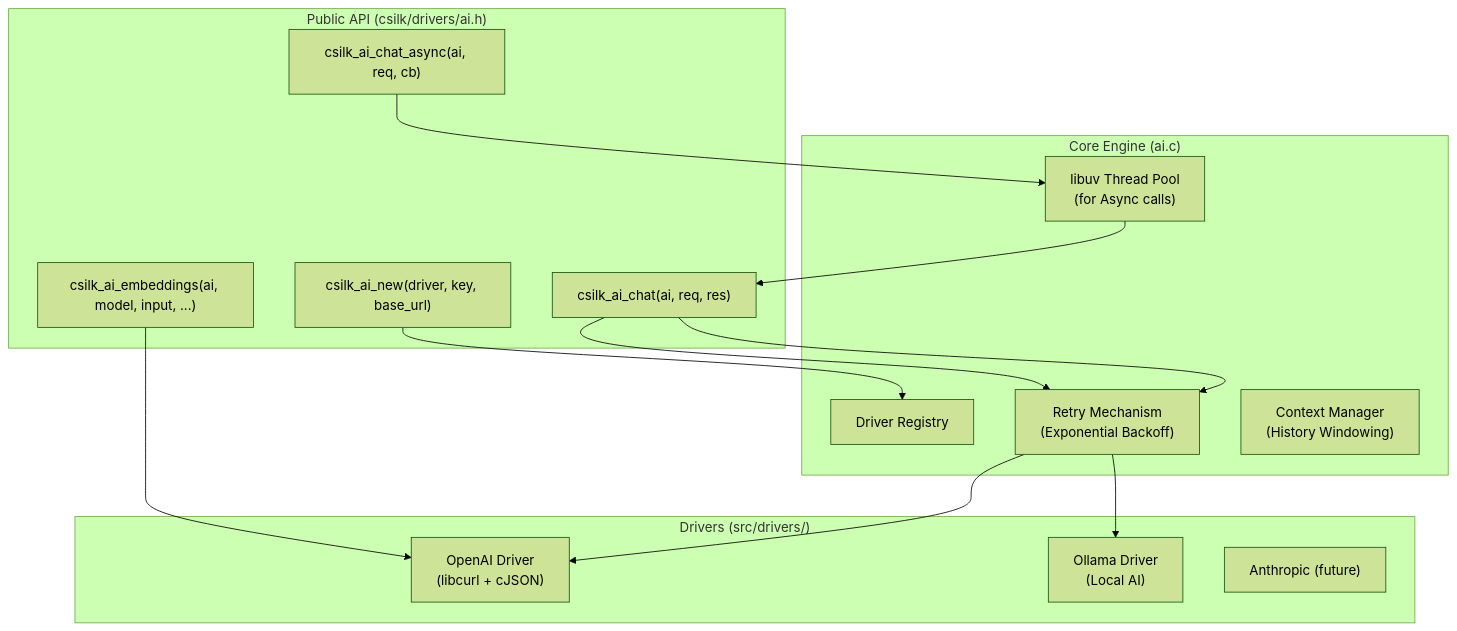
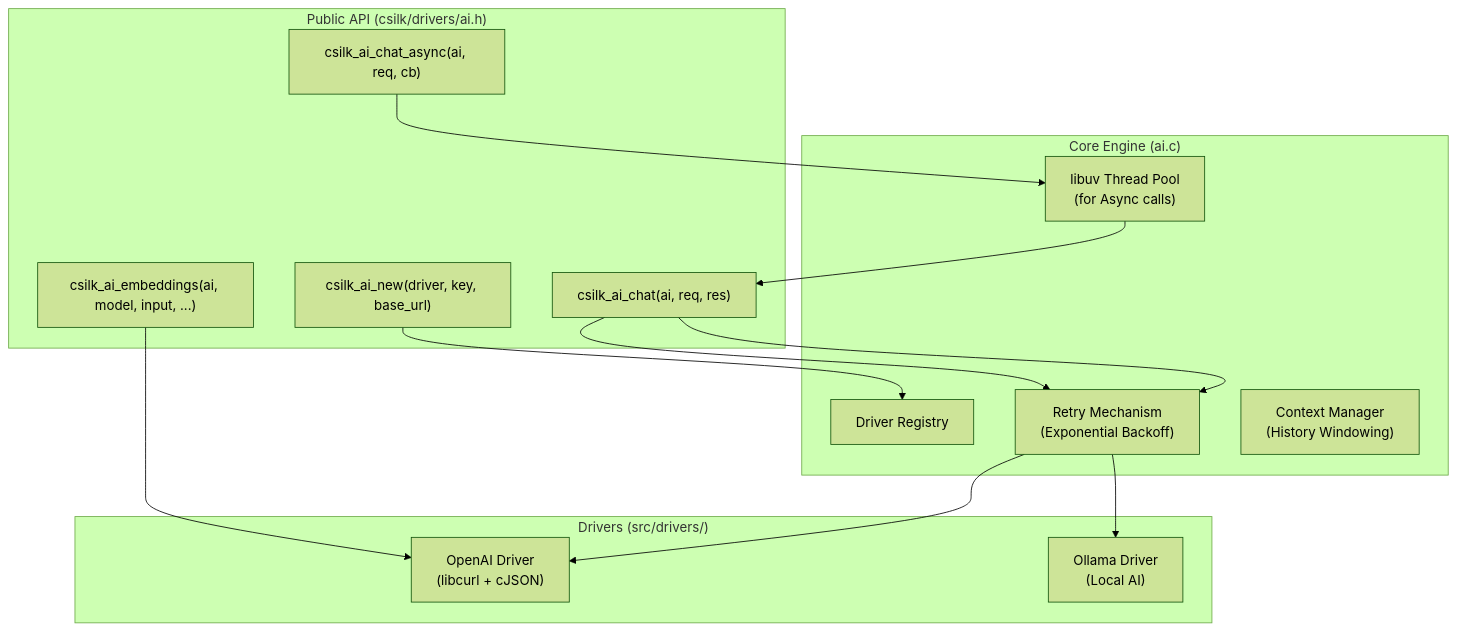
One commit to quintin-lee/csilk changed the diagram in docs/module-design/ai.md. Above: the diagram before and after it, drawn with Mermaid (forest theme). The commit also changed other lines of this file and 17 other files, not shown here.

````diff
--- a/docs/module-design/ai.md
+++ b/docs/module-design/ai.md
@@ -7,28 +7,27 @@
 ```mermaid
 flowchart TB
     subgraph "Public API (csilk/drivers/ai.h)"
         NEW["csilk_ai_new(driver, key, base_url)"]
         CHAT["csilk_ai_chat(ai, req, res)"]
         ASYNC["csilk_ai_chat_async(ai, req, cb)"]
         EMB["csilk_ai_embeddings(ai, model, input, ...)"]
     end
 
     subgraph "Core Engine (ai.c)"
         REG["Driver Registry"]
         POOL["libuv Thread Pool\n(for Async calls)"]
         RETRY["Retry Mechanism\n(Exponential Backoff)"]
         CTX["Context Manager\n(History Windowing)"]
     end
 
     subgraph "Drivers (src/drivers/)"
         D1["OpenAI Driver\n(libcurl + cJSON)"]
         D2["Ollama Driver\n(Local AI)"]
-        D3["Anthropic (future)"]
     end
 
     NEW --> REG
     CHAT --> RETRY --> D1
     CHAT --> RETRY --> D2
     ASYNC --> POOL --> CHAT
     EMB --> D1
 ```
````
